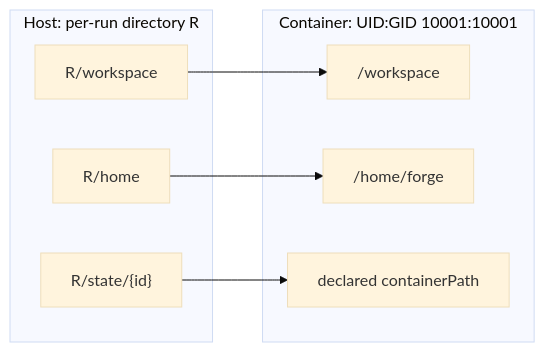
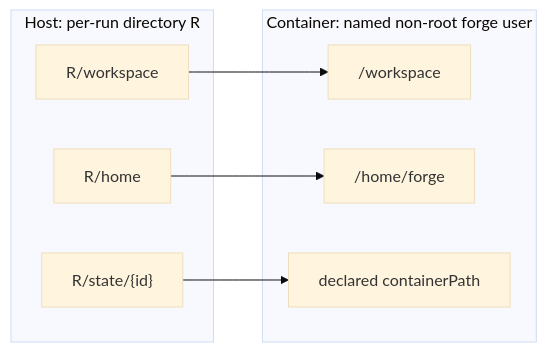
The third of 3 diagrams in docs/architecture.md (stripe/forge), drawn with Mermaid (base theme) before and after one commit. The commit also changed other lines of this file and 11 other files, not shown here.

````diff
--- a/docs/architecture.md
+++ b/docs/architecture.md
@@ -463,17 +467,17 @@
 ```mermaid
 flowchart LR
     subgraph Host["Host: per-run directory R"]
         W["R/workspace"]
         H["R/home"]
         S["R/state/{id}"]
     end
-    subgraph Container["Container: UID:GID 10001:10001"]
+    subgraph Container["Container: named non-root forge user"]
         CW["/workspace"]
         CH["/home/forge"]
         CS["declared containerPath"]
     end
 
     W --> CW
     H --> CH
     S --> CS
 ```
````
